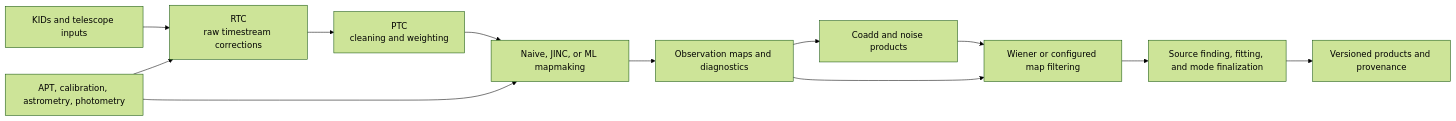
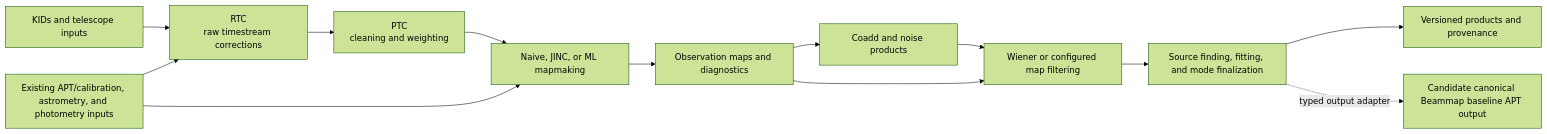
One commit to toltec-astro/citlali changed the fourth of 5 diagrams in doc/ARCHITECTURE.md. Above: the diagram before and after it, drawn with Mermaid (forest theme). The commit also changed other lines of this file and 20 other files, not shown here.

Commit message:
Add canonical baseline APT v1 producer contract

````diff
--- a/doc/ARCHITECTURE.md
+++ b/doc/ARCHITECTURE.md
@@ -262,19 +264,21 @@
 ```mermaid
 flowchart LR
     inputs["KIDs and telescope inputs"]
-    calibration["APT, calibration, astrometry, photometry"]
+    calibration["Existing APT/calibration, astrometry, and photometry inputs"]
     rtc["RTC<br/>raw timestream corrections"]
     ptc["PTC<br/>cleaning and weighting"]
     mapmaking["Naive, JINC, or ML mapmaking"]
     obs["Observation maps and diagnostics"]
     coadd["Coadd and noise products"]
     filter["Wiener or configured map filtering"]
     fit["Source finding, fitting, and mode finalization"]
     output["Versioned products and provenance"]
+    canonicalapt["Candidate canonical Beammap baseline APT output"]
 
     inputs --> rtc --> ptc --> mapmaking --> obs
     calibration --> rtc
     calibration --> mapmaking
     obs --> coadd --> filter --> fit --> output
     obs --> filter
+    fit -. "typed output adapter" .-> canonicalapt
 ```
````
